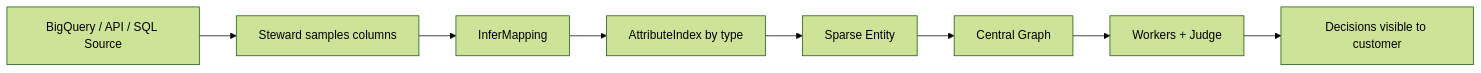
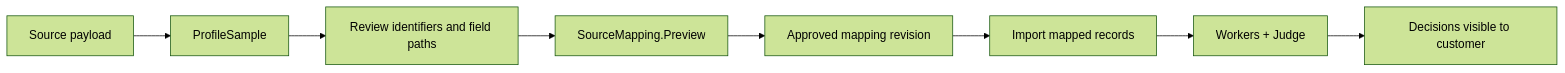
Before and after one commit to idristarwala/agent-factory: the fourth of 6 diagrams in docs/ER_DIAGRAMS.md, drawn with Mermaid (forest theme). The commit also changed 39 other files, not shown here.

````diff
--- a/docs/ER_DIAGRAMS.md
+++ b/docs/ER_DIAGRAMS.md
@@ -116,10 +116,10 @@
 ```mermaid
 flowchart LR
-    A[BigQuery / API / SQL Source] --> B[Steward samples columns]
-    B --> C[InferMapping]
-    C --> D[AttributeIndex by type]
-    D --> E[Sparse Entity]
-    E --> F[Central Graph]
+    A[Source payload] --> B[ProfileSample]
+    B --> C[Review identifiers and field paths]
+    C --> D[SourceMapping.Preview]
+    D --> E[Approved mapping revision]
+    E --> F[Import mapped records]
     F --> G[Workers + Judge]
     G --> H[Decisions visible to customer]
 ```
````
